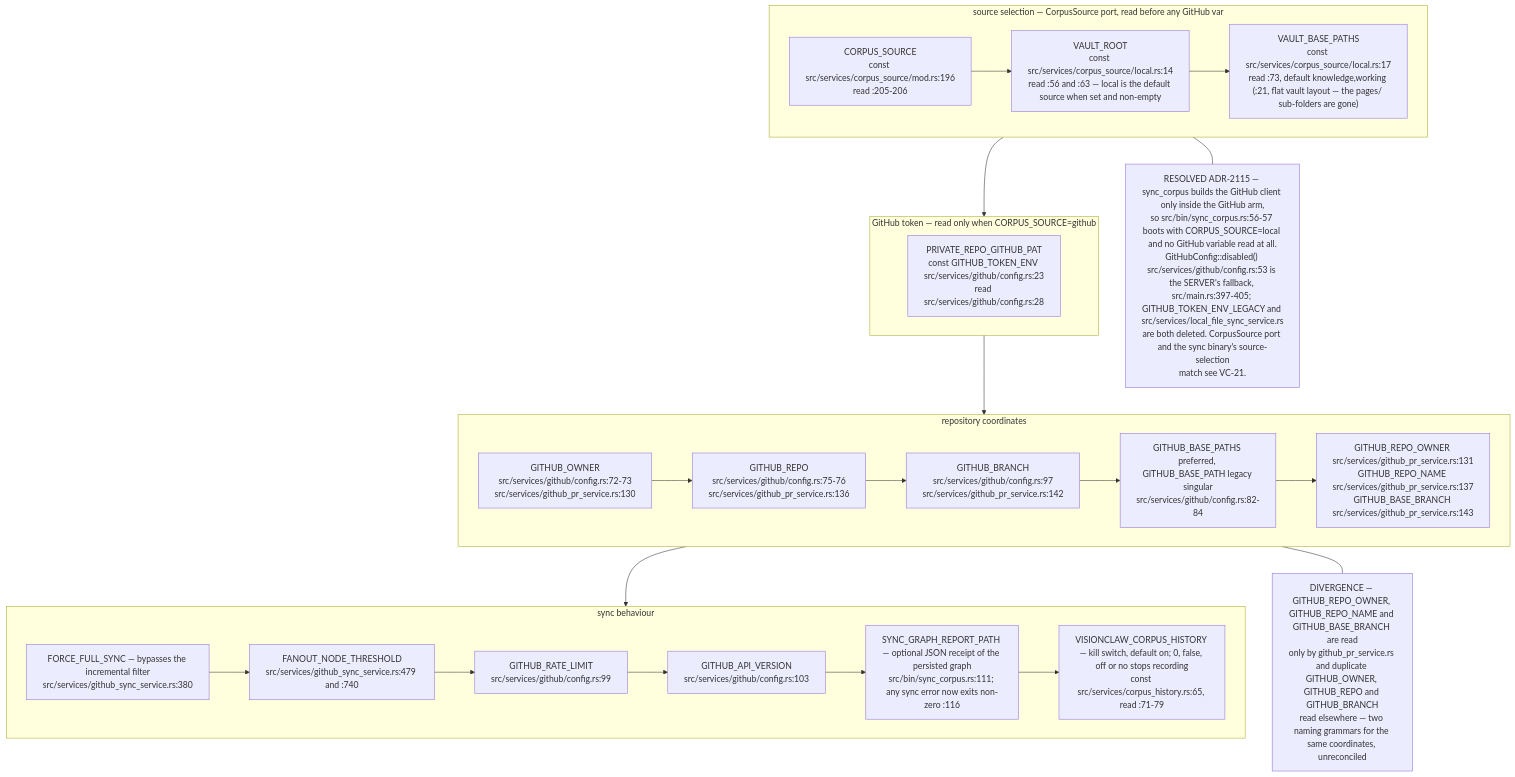
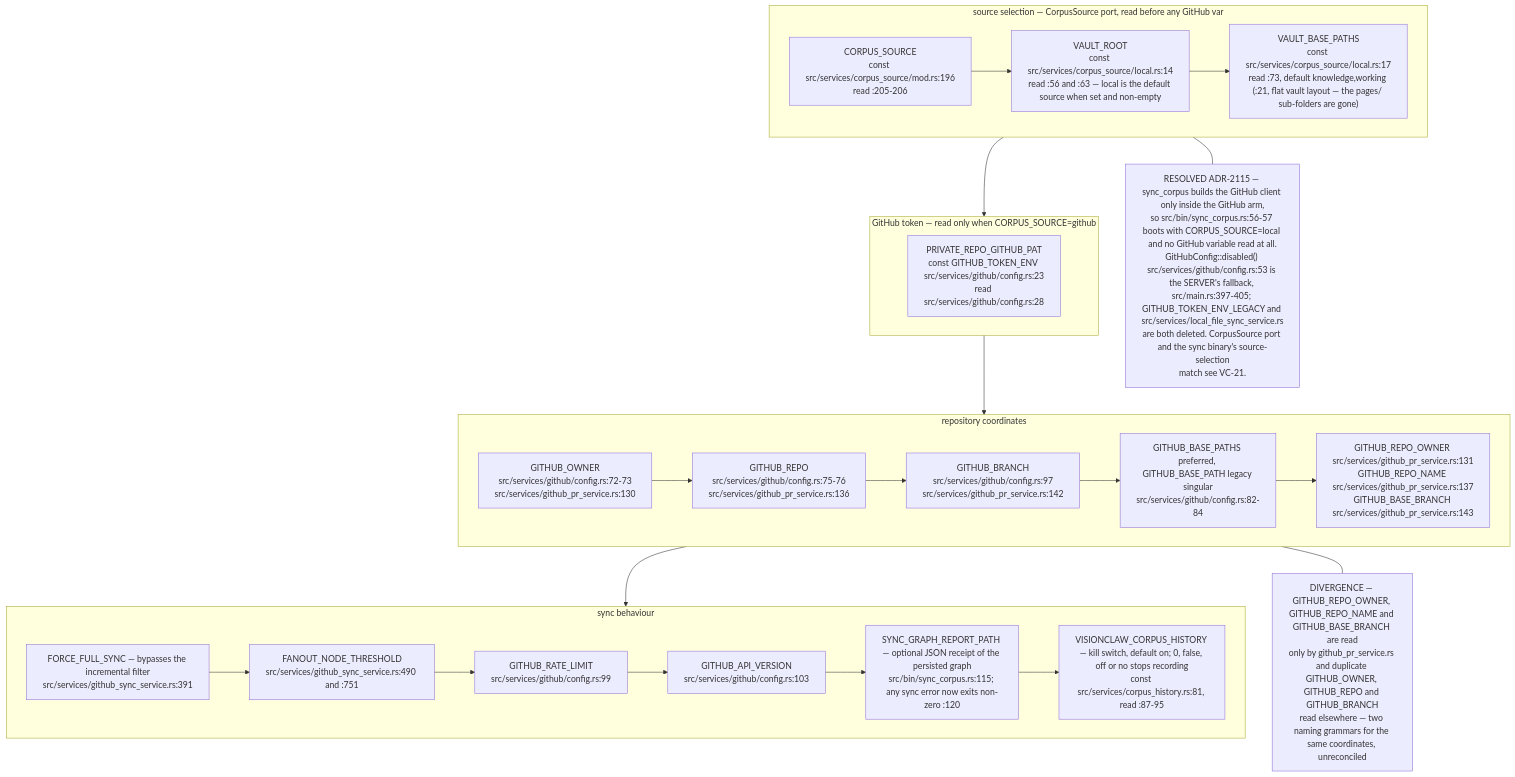
One commit to DreamLab-AI/VisionFlow changed diagram 11 of 16 in docs/diagrams/visionclaw/09-config-and-env-flags.md. Above: the diagram before and after it, drawn with Mermaid. The commit also changed other lines of this file and 49 other files, not shown here.

First line of the commit message:
docs(diagrams): re-derive and re-stamp VisionClaw, estate, knowledge-graph, visionGraph, VisionFlow and sidestr topics

````diff
--- a/docs/diagrams/visionclaw/09-config-and-env-flags.md
+++ b/docs/diagrams/visionclaw/09-config-and-env-flags.md
@@ -470,20 +470,20 @@
 ```mermaid
 flowchart TB
     subgraph SEL["source selection — CorpusSource port, read before any GitHub var"]
         C1["CORPUS_SOURCE<br/>const src/services/corpus_source/mod.rs:196<br/>read :205-206"] --> C2["VAULT_ROOT<br/>const src/services/corpus_source/local.rs:14<br/>read :56 and :63 — local is the default source when set and non-empty"] --> C3["VAULT_BASE_PATHS<br/>const src/services/corpus_source/local.rs:17<br/>read :73, default knowledge,working (:21, flat vault layout — the pages/ sub-folders are gone)"]
     end
     subgraph TOK["GitHub token — read only when CORPUS_SOURCE=github"]
         T1["PRIVATE_REPO_GITHUB_PAT<br/>const GITHUB_TOKEN_ENV src/services/github/config.rs:23<br/>read src/services/github/config.rs:28"]
     end
     subgraph LOC["repository coordinates"]
         L1["GITHUB_OWNER<br/>src/services/github/config.rs:72-73<br/>src/services/github_pr_service.rs:130"] --> L2["GITHUB_REPO<br/>src/services/github/config.rs:75-76<br/>src/services/github_pr_service.rs:136"] --> L3["GITHUB_BRANCH<br/>src/services/github/config.rs:97<br/>src/services/github_pr_service.rs:142"] --> L4["GITHUB_BASE_PATHS preferred, GITHUB_BASE_PATH legacy singular<br/>src/services/github/config.rs:82-84"] --> L5["GITHUB_REPO_OWNER src/services/github_pr_service.rs:131<br/>GITHUB_REPO_NAME src/services/github_pr_service.rs:137<br/>GITHUB_BASE_BRANCH src/services/github_pr_service.rs:143"]
     end
     subgraph BEHAV["sync behaviour"]
-        B1["FORCE_FULL_SYNC — bypasses the incremental filter<br/>src/services/github_sync_service.rs:380"] --> B2["FANOUT_NODE_THRESHOLD<br/>src/services/github_sync_service.rs:479 and :740"] --> B3["GITHUB_RATE_LIMIT<br/>src/services/github/config.rs:99"] --> B4["GITHUB_API_VERSION<br/>src/services/github/config.rs:103"] --> B5["SYNC_GRAPH_REPORT_PATH — optional JSON receipt of the persisted graph<br/>src/bin/sync_corpus.rs:111; any sync error now exits non-zero :116"] --> B6["VISIONCLAW_CORPUS_HISTORY — kill switch, default on; 0, false, off or no stops recording<br/>const src/services/corpus_history.rs:65, read :71-79"]
+        B1["FORCE_FULL_SYNC — bypasses the incremental filter<br/>src/services/github_sync_service.rs:391"] --> B2["FANOUT_NODE_THRESHOLD<br/>src/services/github_sync_service.rs:490 and :751"] --> B3["GITHUB_RATE_LIMIT<br/>src/services/github/config.rs:99"] --> B4["GITHUB_API_VERSION<br/>src/services/github/config.rs:103"] --> B5["SYNC_GRAPH_REPORT_PATH — optional JSON receipt of the persisted graph<br/>src/bin/sync_corpus.rs:115; any sync error now exits non-zero :120"] --> B6["VISIONCLAW_CORPUS_HISTORY — kill switch, default on; 0, false, off or no stops recording<br/>const src/services/corpus_history.rs:81, read :87-95"]
     end
     SEL --> TOK --> LOC --> BEHAV
     N4["DIVERGENCE — GITHUB_REPO_OWNER, GITHUB_REPO_NAME and GITHUB_BASE_BRANCH are read<br/>only by github_pr_service.rs and duplicate GITHUB_OWNER, GITHUB_REPO and GITHUB_BRANCH<br/>read elsewhere — two naming grammars for the same coordinates, unreconciled"]
     LOC --- N4
     N5["RESOLVED ADR-2115 — sync_corpus builds the GitHub client only inside the GitHub arm,<br/>so src/bin/sync_corpus.rs:56-57 boots with CORPUS_SOURCE=local and no GitHub variable read at all.<br/>GitHubConfig::disabled() src/services/github/config.rs:53 is the SERVER's fallback, src/main.rs:397-405; GITHUB_TOKEN_ENV_LEGACY and src/services/local_file_sync_service.rs<br/>are both deleted. CorpusSource port and the sync binary's source-selection<br/>match see VC-21."]
     SEL --- N5
 ```
````
